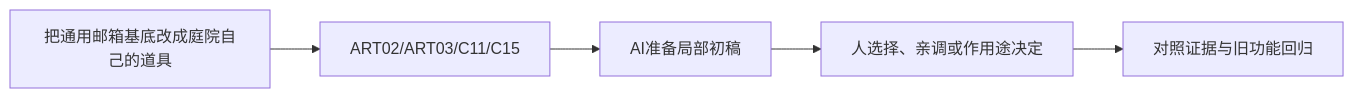
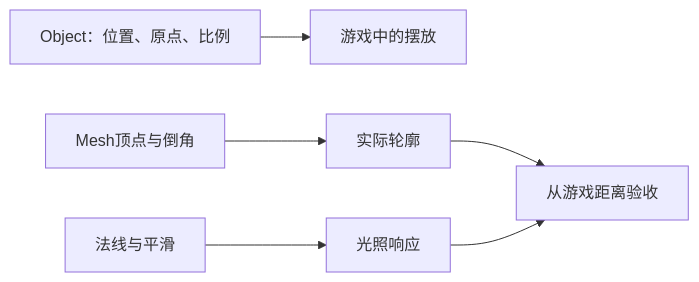
The diagram in curriculum/lessons/R05.md (Zilur/ai-3d-game-learning), drawn with Mermaid before and after one commit. The commit also changed other lines of this file and 164 other files, not shown here.

Commit message:
docs: publish 47 step-by-step AI lesson flows, world upgrade and optional training corner

````diff
--- a/curriculum/lessons/R05.md
+++ b/curriculum/lessons/R05.md
@@ -38,7 +35,8 @@
 ```mermaid
 flowchart LR
-  S["把通用邮箱基底改成庭院自己的道具"] --> K["ART02/ART03/C11/C15"]
-  K --> AI["AI准备局部初稿"]
-  AI --> H["人选择、亲调或作用途决定"]
-  H --> V["对照证据与旧功能回归"]
+ O["Object：位置、原点、比例"] --> S["游戏中的摆放"]
+ G["Mesh顶点与倒角"] --> L["实际轮廓"]
+ N["法线与平滑"] --> H["光照响应"]
+ L --> Q["从游戏距离验收"]
+ H --> Q
 ```
````
